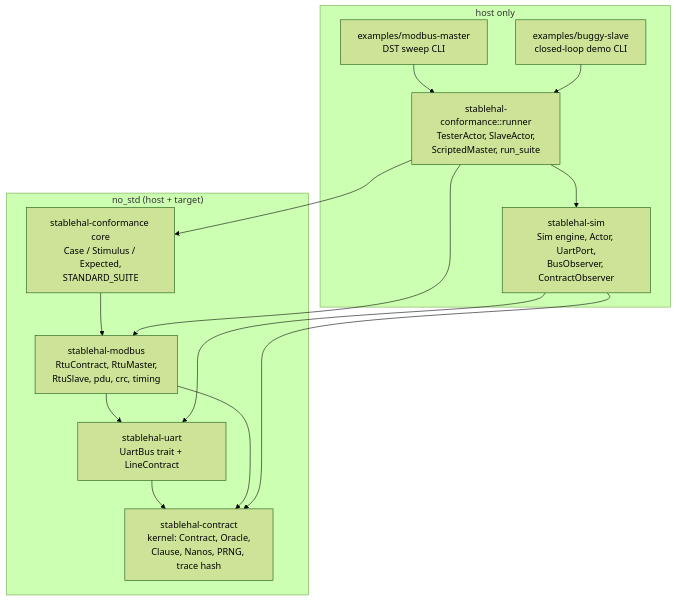
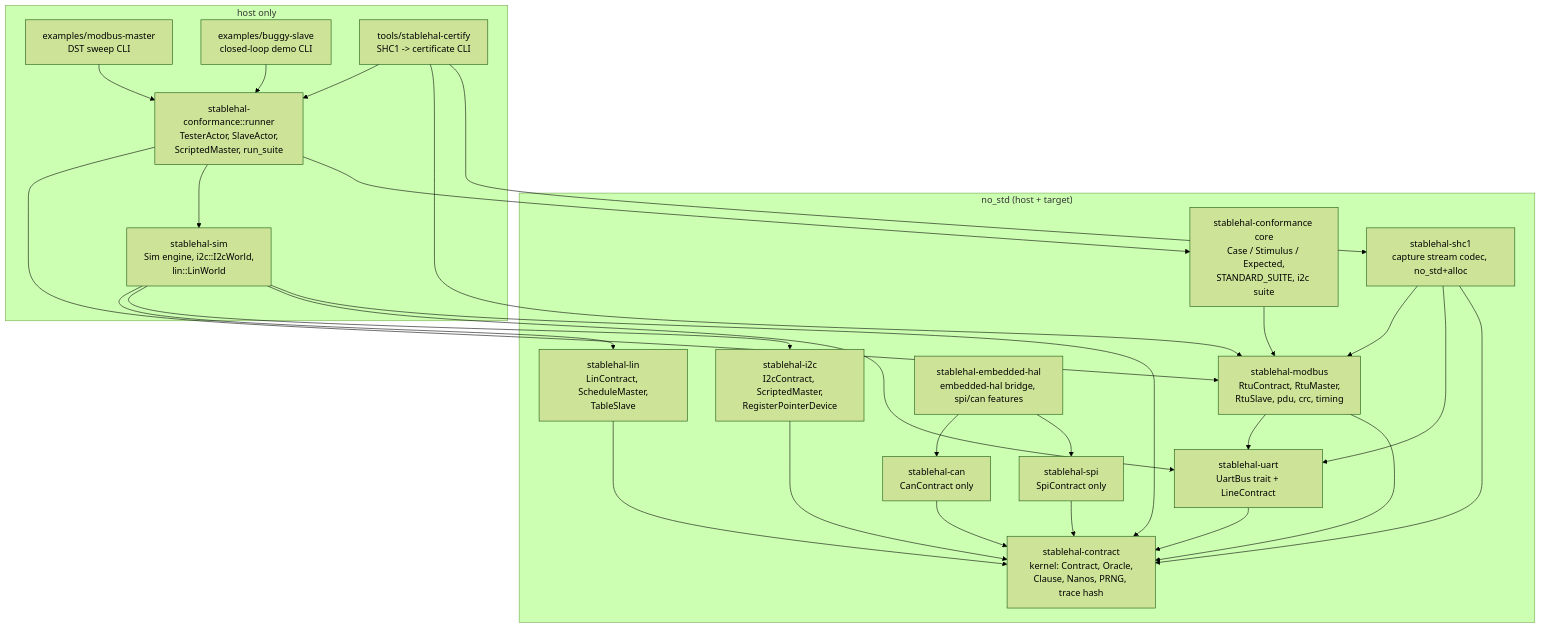
The second of 10 diagrams in docs/architecture.md (akharon/stable-hal), drawn with Mermaid (forest theme) before and after one commit. The commit also changed other lines of this file and 19 other files, not shown here.

````diff
--- a/docs/architecture.md
+++ b/docs/architecture.md
@@ -111,26 +124,47 @@
 ```mermaid
 flowchart TD
     subgraph no_std["no_std (host + target)"]
         CONTRACT[stablehal-contract<br>kernel: Contract, Oracle,<br>Clause, Nanos, PRNG, trace hash]
         UART[stablehal-uart<br>UartBus trait + LineContract]
         MODBUS[stablehal-modbus<br>RtuContract, RtuMaster,<br>RtuSlave, pdu, crc, timing]
-        CONFCORE[stablehal-conformance core<br>Case / Stimulus / Expected,<br>STANDARD_SUITE]
+        I2C[stablehal-i2c<br>I2cContract, ScriptedMaster,<br>RegisterPointerDevice]
+        LIN[stablehal-lin<br>LinContract, ScheduleMaster,<br>TableSlave]
+        SPI[stablehal-spi<br>SpiContract only]
+        CAN[stablehal-can<br>CanContract only]
+        EHAL[stablehal-embedded-hal<br>embedded-hal bridge, spi/can features]
+        SHC1[stablehal-shc1<br>capture stream codec, no_std+alloc]
+        CONFCORE[stablehal-conformance core<br>Case / Stimulus / Expected,<br>STANDARD_SUITE, i2c suite]
     end
     subgraph host["host only"]
-        SIM[stablehal-sim<br>Sim engine, Actor, UartPort,<br>BusObserver, ContractObserver]
+        SIM[stablehal-sim<br>Sim engine, i2c::I2cWorld,<br>lin::LinWorld]
         RUNNER[stablehal-conformance::runner<br>TesterActor, SlaveActor,<br>ScriptedMaster, run_suite]
         EX1[examples/modbus-master<br>DST sweep CLI]
         EX2[examples/buggy-slave<br>closed-loop demo CLI]
+        CERTIFY[tools/stablehal-certify<br>SHC1 -> certificate CLI]
     end
     UART --> CONTRACT
     MODBUS --> CONTRACT
     MODBUS --> UART
+    I2C --> CONTRACT
+    LIN --> CONTRACT
+    SPI --> CONTRACT
+    CAN --> CONTRACT
+    EHAL --> SPI
+    EHAL --> CAN
+    SHC1 --> CONTRACT
+    SHC1 --> UART
+    SHC1 --> MODBUS
     SIM --> CONTRACT
     SIM --> UART
+    SIM --> I2C
+    SIM --> LIN
     CONFCORE --> MODBUS
     RUNNER --> CONFCORE
     RUNNER --> SIM
     RUNNER --> MODBUS
     EX1 --> RUNNER
     EX2 --> RUNNER
+    CERTIFY --> SHC1
+    CERTIFY --> MODBUS
+    CERTIFY --> RUNNER
 ```
````
